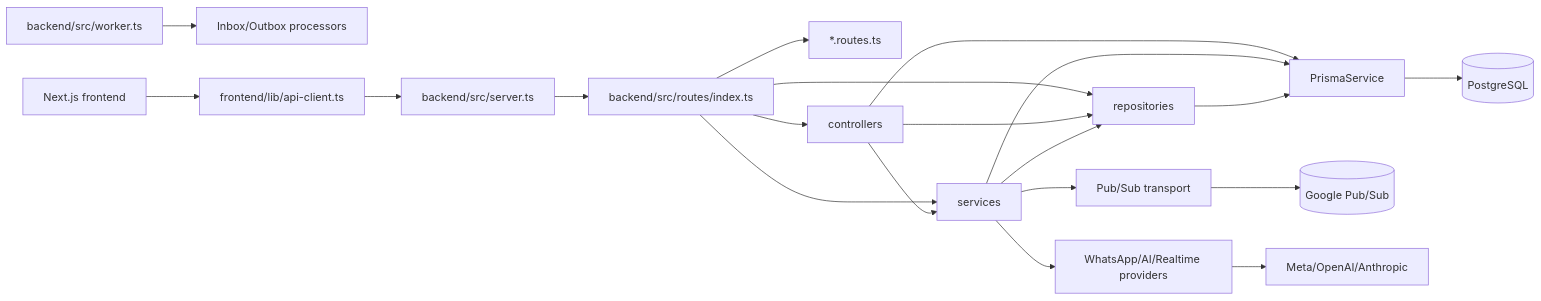
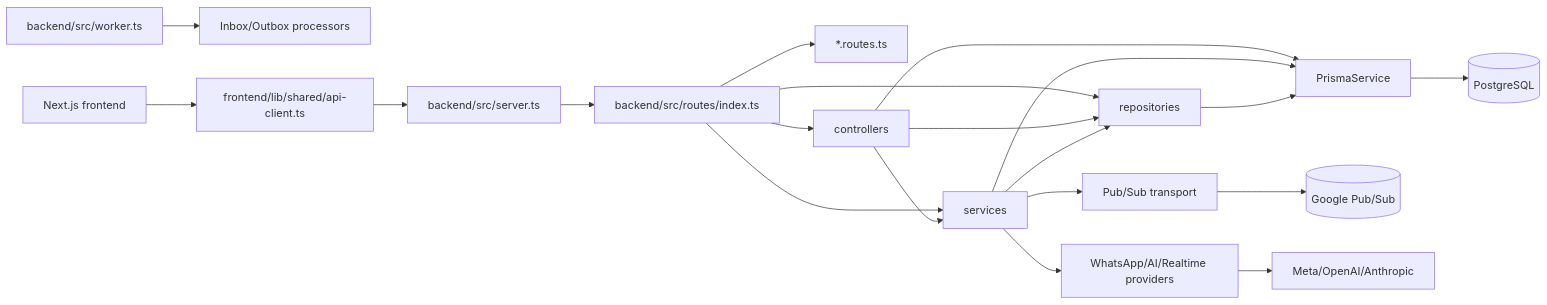
One commit to Andejecruher/nexo-comercial changed the first of 6 diagrams in docs/ARQUITECTURA.md. Above: the diagram before and after it, drawn with Mermaid. The commit also changed other lines of this file and 1104 other files, not shown here.

````diff
--- a/docs/ARQUITECTURA.md
+++ b/docs/ARQUITECTURA.md
@@ -134,22 +134,22 @@
 ```mermaid
 flowchart LR
   Server[backend/src/server.ts] --> Routes[backend/src/routes/index.ts]
   Worker[backend/src/worker.ts] --> QueueProcessors[Inbox/Outbox processors]
   Routes --> Routers[*.routes.ts]
   Routes --> Controllers[controllers]
   Routes --> Services[services]
   Routes --> Repositories[repositories]
   Controllers --> Services
   Controllers --> Repositories
   Controllers --> Prisma[PrismaService]
   Services --> Repositories
   Services --> Prisma
   Services --> PubSub[Pub/Sub transport]
   Services --> Providers[WhatsApp/AI/Realtime providers]
   Repositories --> Prisma
   Prisma --> Postgres[(PostgreSQL)]
   PubSub --> GcpPubSub[(Google Pub/Sub)]
   Providers --> External[Meta/OpenAI/Anthropic]
-  Frontend[Next.js frontend] --> ApiClient[frontend/lib/api-client.ts]
+  Frontend[Next.js frontend] --> ApiClient[frontend/lib/shared/api-client.ts]
   ApiClient --> Server
 ```
````
